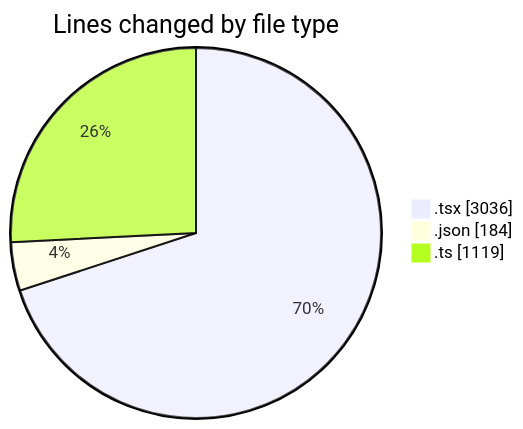
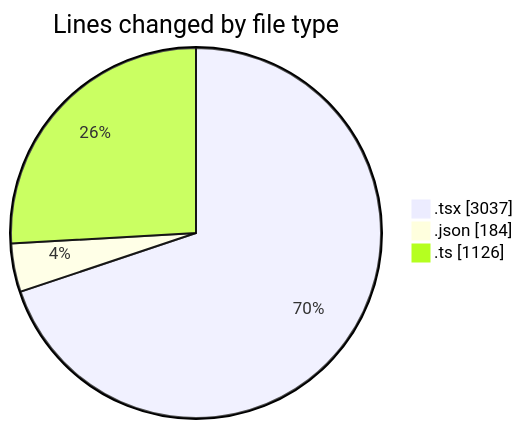
Before and after one commit to momahboobian/code-tracking: the first of 2 diagrams in 2025-11-21/cda/README.md, drawn with Mermaid. The commit also changed other lines of this file and 1 other file, not shown here.

````diff
--- a/2025-11-21/cda/README.md
+++ b/2025-11-21/cda/README.md
@@ -27,7 +27,7 @@
 ```mermaid
 pie showData
 title Lines changed by file type
-".tsx" : 3036
+".tsx" : 3037
 ".json" : 184
-".ts" : 1119
+".ts" : 1126
 ```
````
